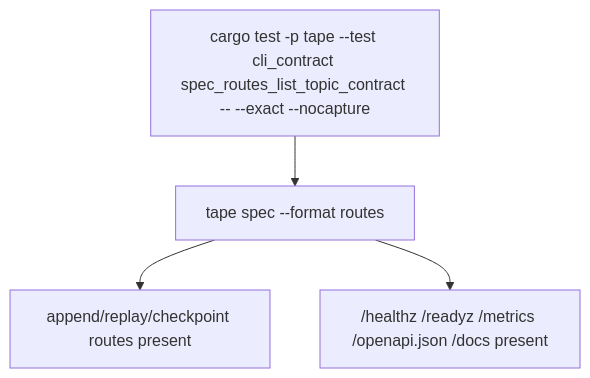
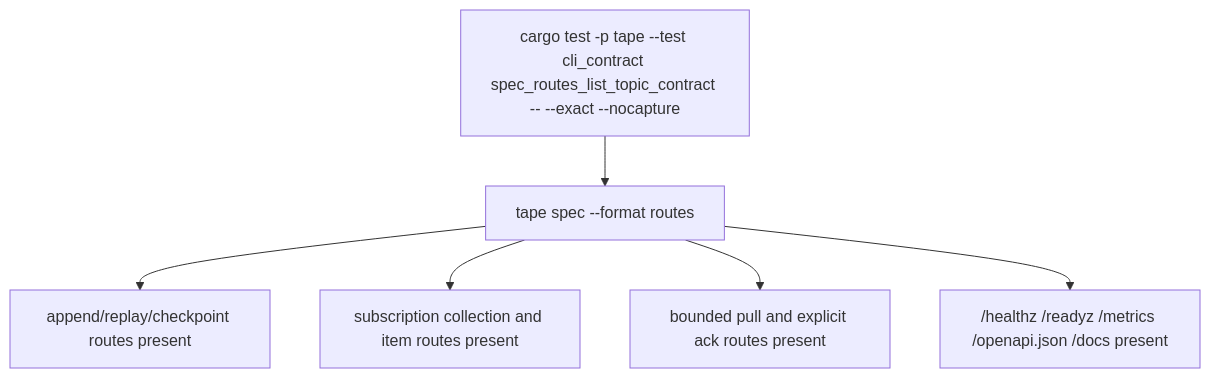
One commit to chrischeng-c4/axiom changed the diagram in apps/tape/tech-design/semantic/source/apps-tape-src-spec-rs.md. Above: the diagram before and after it, drawn with Mermaid. The commit also changed other lines of this file and 340 other files, not shown here.

````diff
--- a/apps/tape/tech-design/semantic/source/apps-tape-src-spec-rs.md
+++ b/apps/tape/tech-design/semantic/source/apps-tape-src-spec-rs.md
@@ -56,9 +82,11 @@
 ```mermaid
 ---
 id: tape-td-flow
 ---
 flowchart TD
     test["cargo test -p tape --test cli_contract spec_routes_list_topic_contract -- --exact --nocapture"] --> routes["tape spec --format routes"]
     routes --> topic["append/replay/checkpoint routes present"]
+    routes --> subscriptions["subscription collection and item routes present"]
+    routes --> pullack["bounded pull and explicit ack routes present"]
     routes --> ops["/healthz /readyz /metrics /openapi.json /docs present"]
 ```
````
